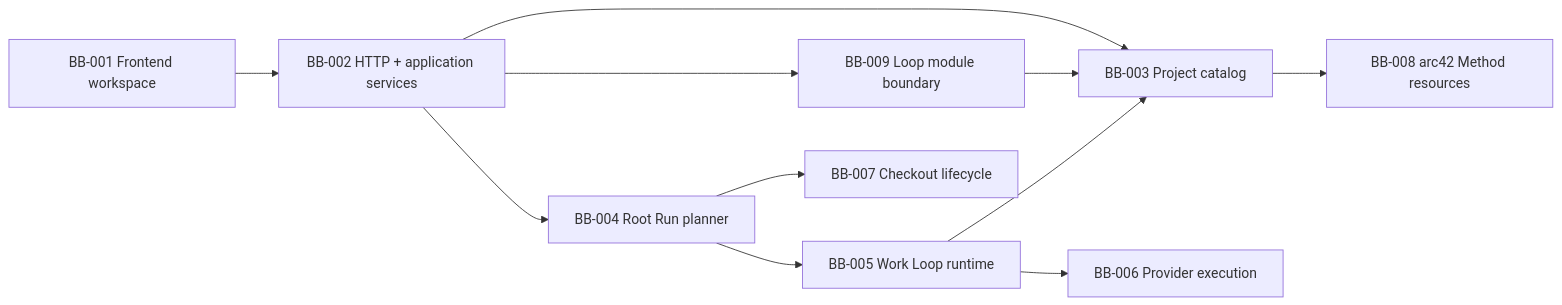
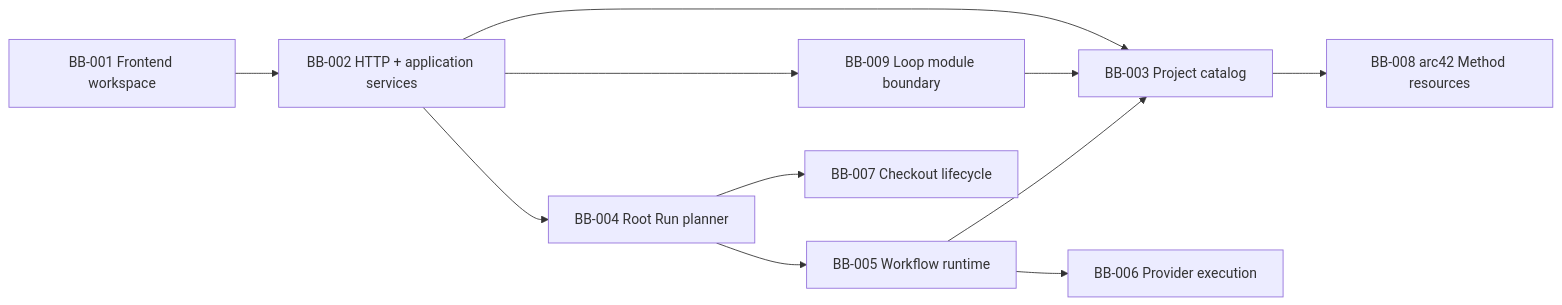
Before and after one commit to isinisalo/ballet: the diagram in .ballet/arc42/05-building-block-view.md, drawn with Mermaid. The commit also changed other lines of this file and 272 other files, not shown here.

````diff
--- a/.ballet/arc42/05-building-block-view.md
+++ b/.ballet/arc42/05-building-block-view.md
@@ -26,13 +26,13 @@
 ```mermaid
 flowchart LR
   ui["BB-001 Frontend workspace"] --> api["BB-002 HTTP + application services"]
   api --> catalog["BB-003 Project catalog"]
   api --> planner["BB-004 Root Run planner"]
   api --> modules["BB-009 Loop module boundary"]
-  planner --> runtime["BB-005 Work Loop runtime"]
+  planner --> runtime["BB-005 Workflow runtime"]
   runtime --> execution["BB-006 Provider execution"]
   planner --> lifecycle["BB-007 Checkout lifecycle"]
   catalog --> method["BB-008 arc42 Method resources"]
   modules --> catalog
   runtime --> catalog
 ```
````
